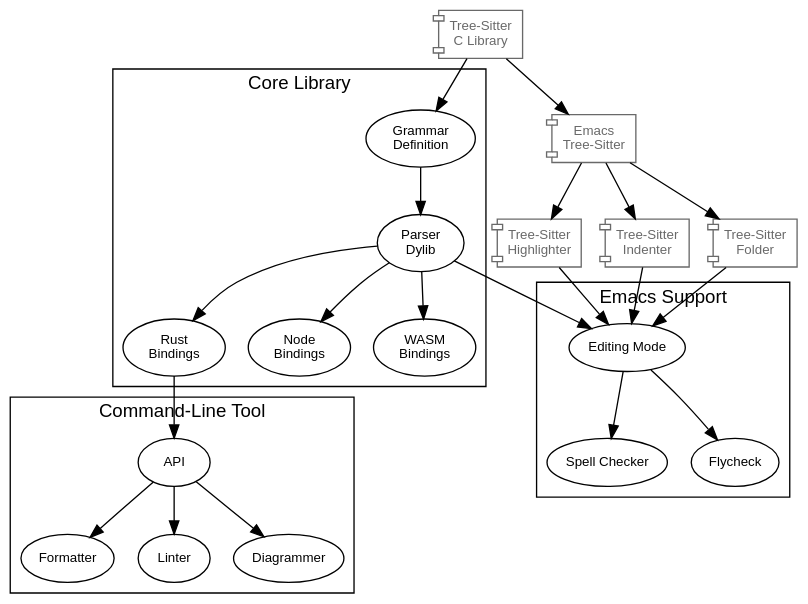
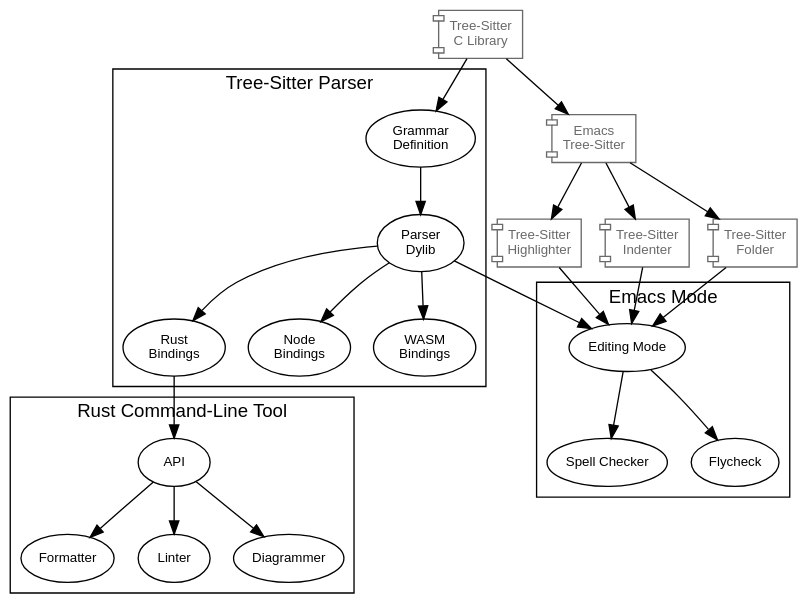
One commit to sdm-lang/sdml-io changed the diagram in docs/implementation.org. Above: the diagram before and after it, drawn with Graphviz. The commit also changed other lines of this file and 35 other files, not shown here.

```diff
--- a/docs/implementation.org
+++ b/docs/implementation.org
@@ -19,63 +19,63 @@
 #+BEGIN_SRC dot :file implementation-overview.svg :exports results
 digraph G {
     bgcolor="transparent";
     rankdir="TB";
     fontname="Helvetica,Arial,sans-serif";
     node [fontname="Helvetica,Arial,sans-serif"; fontsize=10];
 
     subgraph cluster_0 {
-        label = "Core Library";
+        label = "Tree-Sitter Parser";
         grammar [label="Grammar\nDefinition"];
         parser [label="Parser\nDylib"];
         rust [label="Rust\nBindings"];
         npm [label="Node\nBindings"];
         wasm [label="WASM\nBindings"];
 
         grammar -> parser;
         parser -> rust;
         parser -> npm;
         parser -> wasm;
     }
 
     treesit [shape=component; label="Tree-Sitter\nC Library"; color="dimgrey"; fontcolor="dimgrey";];
     treesit -> grammar;
 
     subgraph cluster_1 {
-        label = "Emacs Support";
+        label = "Emacs Mode";
         emode [label="Editing Mode"];
         spell [label="Spell Checker"];
         flycheck [label="Flycheck"];
         emode -> spell;
         emode -> flycheck;
 
         parser -> emode;
     }
 
     ets [shape=component; label="Emacs\nTree-Sitter"; color="dimgrey"; fontcolor="dimgrey";];
     ets_hl [shape=component; label="Tree-Sitter\nHighlighter"; color="dimgrey"; fontcolor="dimgrey";];
     ets_indent [shape=component; label="Tree-Sitter\nIndenter"; color="dimgrey"; fontcolor="dimgrey";];
     ets_fold [shape=component; label="Tree-Sitter\nFolder"; color="dimgrey"; fontcolor="dimgrey";];
 
     treesit -> ets;
     ets -> ets_hl;
     ets -> ets_indent;
     ets -> ets_fold;
 
     ets_hl -> emode;
     ets_indent -> emode;
     ets_fold -> emode;
 
     subgraph cluster_2 {
-        label = "Command-Line Tool";
+        label = "Rust Command-Line Tool";
         api [label="API"];
         fmt [label="Formatter"];
         linter [label="Linter"];
         diagrams [label="Diagrammer"];
 
         rust -> api;
         api -> fmt;
         api -> linter;
         api -> diagrams;
     }
 }
 #+END_SRC
```
